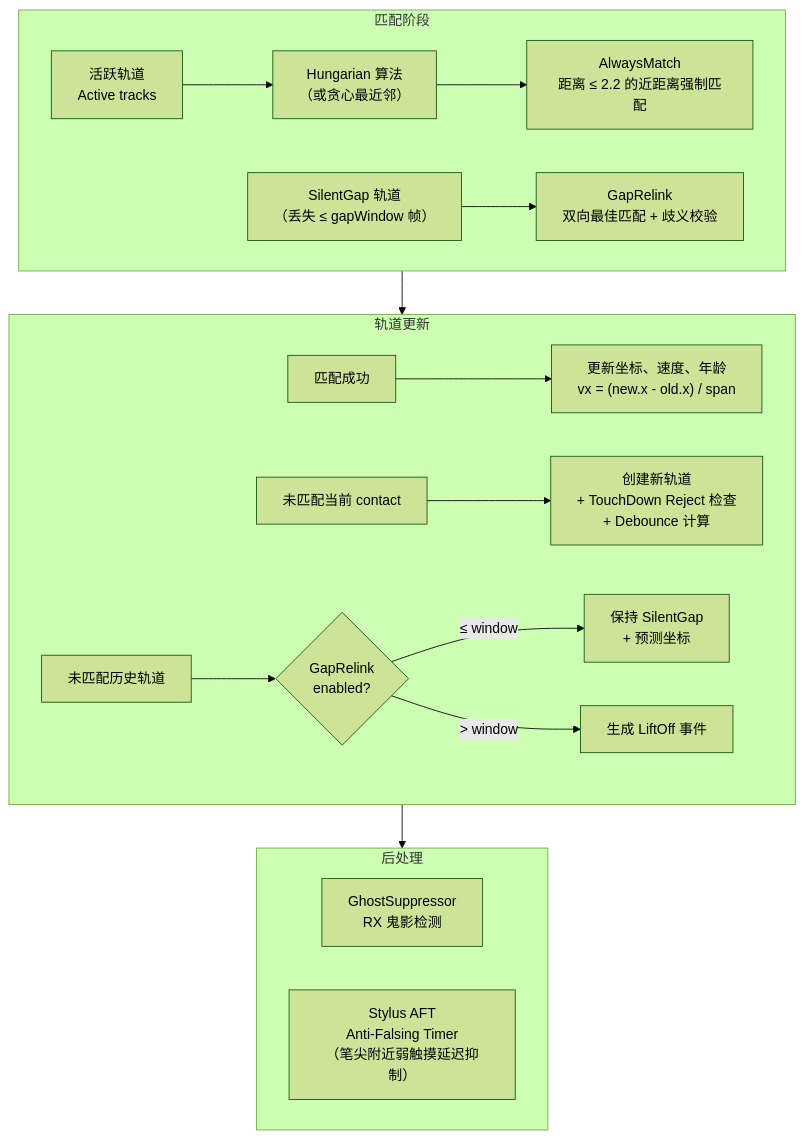
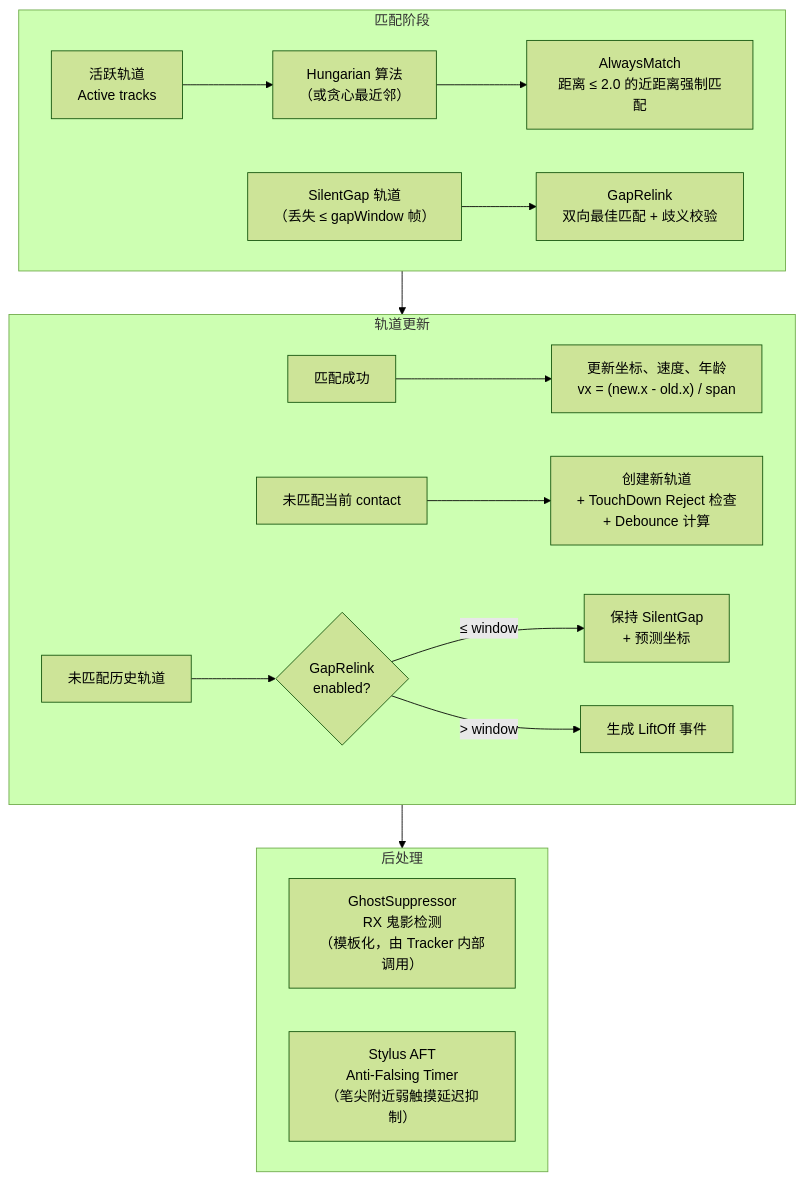
One commit to krrrak/EGoTouchRev changed diagram 11 of 14 in docs/touch_pipeline_architecture.md. Above: the diagram before and after it, drawn with Mermaid (forest theme). The commit also changed other lines of this file and 8 other files, not shown here.

Commit message:
feat: implement speed-adaptive IIR coordinate filtering and add project architecture documentation

````diff
--- a/docs/touch_pipeline_architecture.md
+++ b/docs/touch_pipeline_architecture.md
@@ -338,23 +376,23 @@
 ```mermaid
 flowchart TB
     subgraph Matching["匹配阶段"]
         ACTIVE["活跃轨道<br/>Active tracks"] --> HUNGARIAN["Hungarian 算法<br/>（或贪心最近邻）"]
-        HUNGARIAN --> ALWAYS["AlwaysMatch<br/>距离 ≤ 2.2 的近距离强制匹配"]
+        HUNGARIAN --> ALWAYS["AlwaysMatch<br/>距离 ≤ 2.0 的近距离强制匹配"]
         SILENT["SilentGap 轨道<br/>（丢失 ≤ gapWindow 帧）"] --> GAPRELINK["GapRelink<br/>双向最佳匹配 + 歧义校验"]
     end
 
     subgraph TrackUpdate["轨道更新"]
         MATCHED["匹配成功"] --> UPDATE["更新坐标、速度、年龄<br/>vx = (new.x - old.x) / span"]
         UNMATCHED_CUR["未匹配当前 contact"] --> NEW_TRACK["创建新轨道<br/>+ TouchDown Reject 检查<br/>+ Debounce 计算"]
         UNMATCHED_PRE["未匹配历史轨道"] --> GAP{"GapRelink<br/>enabled?"}
         GAP -- "≤ window" --> SILENT_KEEP["保持 SilentGap<br/>+ 预测坐标"]
         GAP -- "> window" --> LIFTOFF["生成 LiftOff 事件"]
     end
 
     subgraph PostTrack["后处理"]
-        GHOST["GhostSuppressor<br/>RX 鬼影检测"]
+        GHOST["GhostSuppressor<br/>RX 鬼影检测<br/>（模板化，由 Tracker 内部调用）"]
         AFT["Stylus AFT<br/>Anti-Falsing Timer<br/>（笔尖附近弱触摸延迟抑制）"]
     end
 
     Matching --> TrackUpdate --> PostTrack
 ```
````
